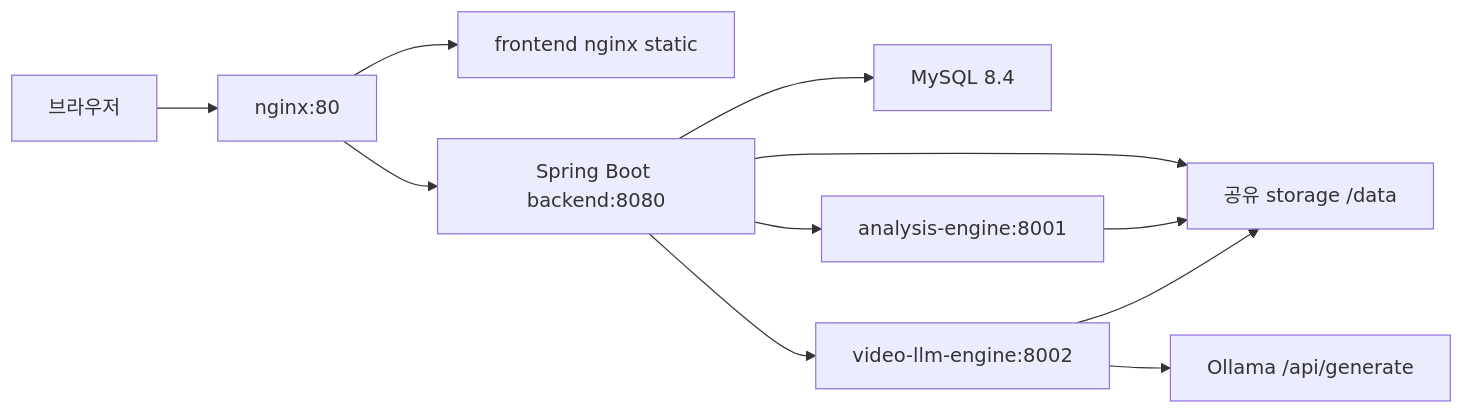
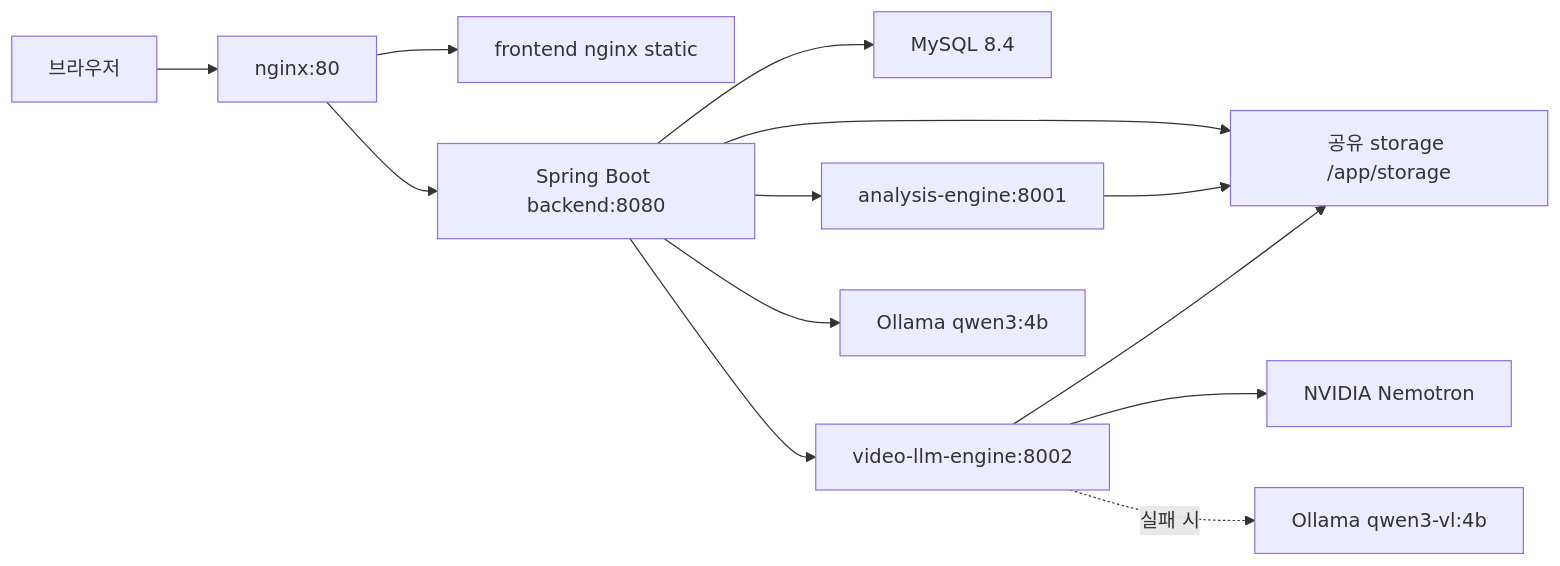
One commit to multiModalAiCoachingSystem/HaniumProject-Spring changed the diagram in docs/architecture/01-system-overview.md. Above: the diagram before and after it, drawn with Mermaid. The commit also changed other lines of this file and 37 other files, not shown here.

````diff
--- a/docs/architecture/01-system-overview.md
+++ b/docs/architecture/01-system-overview.md
@@ -21,13 +21,15 @@
 ```mermaid
 flowchart LR
     Browser["브라우저"] --> Nginx["nginx:80"]
     Nginx --> Frontend["frontend nginx static"]
     Nginx --> Backend["Spring Boot backend:8080"]
     Backend --> MySQL["MySQL 8.4"]
-    Backend --> Storage["공유 storage /data"]
+    Backend --> Storage["공유 storage /app/storage"]
     Backend --> Analysis["analysis-engine:8001"]
     Backend --> VideoLLM["video-llm-engine:8002"]
     Analysis --> Storage
     VideoLLM --> Storage
-    VideoLLM --> Ollama["Ollama /api/generate"]
+    VideoLLM --> Nvidia["NVIDIA Nemotron"]
+    VideoLLM -. 실패 시 .-> OllamaVision["Ollama qwen3-vl:4b"]
+    Backend --> OllamaText["Ollama qwen3:4b"]
 ```
````
